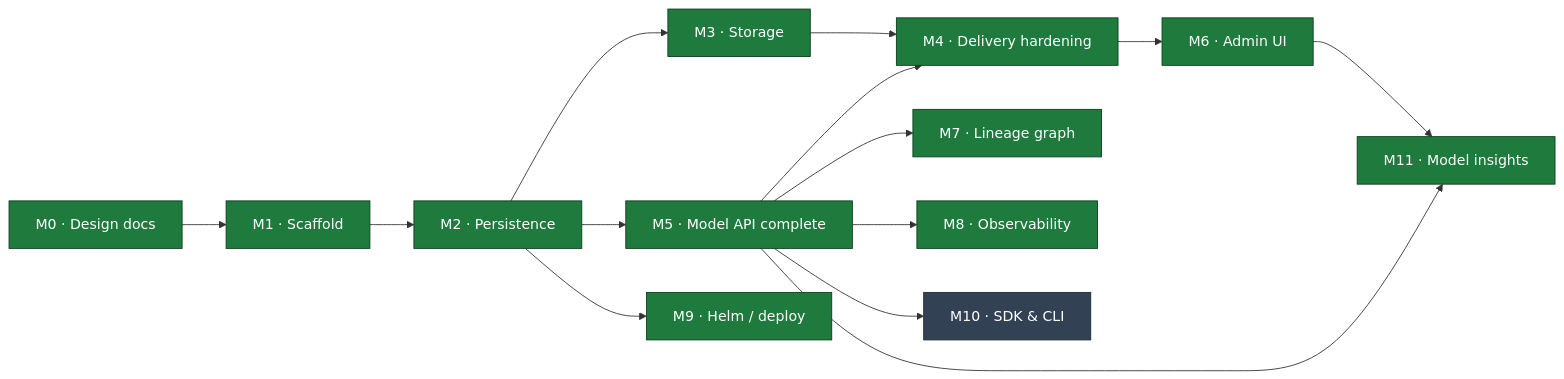
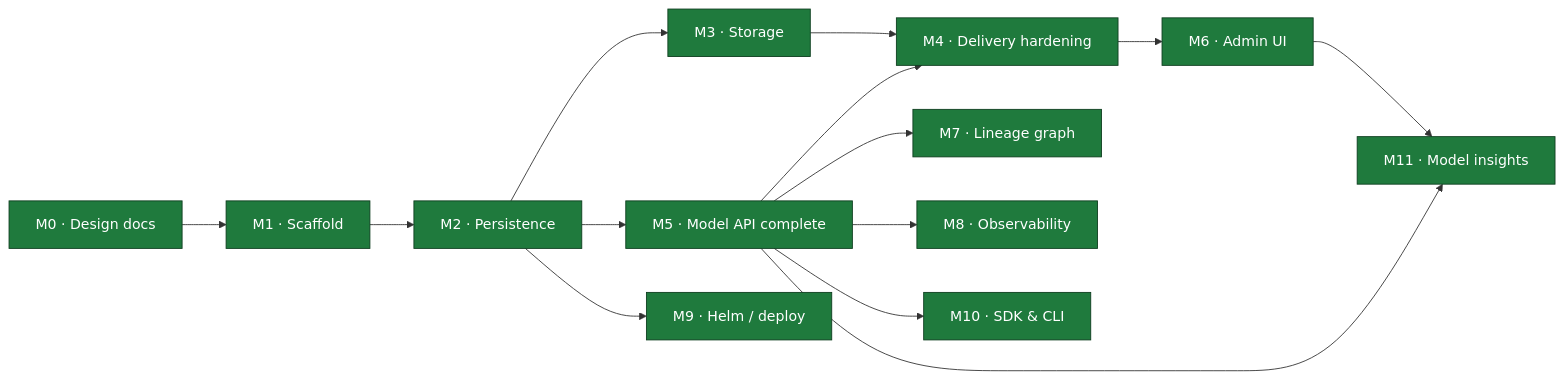
The diagram in MILESTONES.md (proseria-research/lineage), drawn with Mermaid before and after one commit. The commit also changed other lines of this file and 11 other files, not shown here.

````diff
--- a/MILESTONES.md
+++ b/MILESTONES.md
@@ -11,22 +11,21 @@
 ```mermaid
 flowchart LR
     M0["M0 · Design docs"] --> M1["M1 · Scaffold"]
     M1 --> M2["M2 · Persistence"]
     M2 --> M3["M3 · Storage"]
     M2 --> M5["M5 · Model API complete"]
     M3 --> M4["M4 · Delivery hardening"]
     M5 --> M4
     M5 --> M7["M7 · Lineage graph"]
     M4 --> M6["M6 · Admin UI"]
     M5 --> M8["M8 · Observability"]
     M2 --> M9["M9 · Helm / deploy"]
     M5 --> M10["M10 · SDK & CLI"]
     M5 --> M11["M11 · Model insights"]
     M6 --> M11
 
     classDef done fill:#1f7a3d,stroke:#0d3d1e,color:#fff;
     classDef active fill:#b45309,stroke:#7c3a06,color:#fff;
     classDef todo fill:#334155,stroke:#1e293b,color:#fff;
-    class M0,M1,M2,M3,M4,M5,M6,M7,M8,M9,M11 done;
-    class M10 todo;
+    class M0,M1,M2,M3,M4,M5,M6,M7,M8,M9,M10,M11 done;
 ```
````
